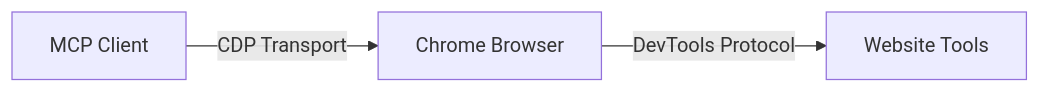
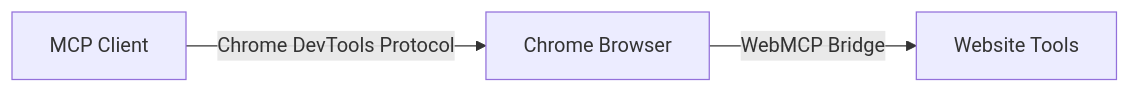
Before and after one commit to WebMCP-org/docs: the sixth of 6 diagrams in connecting-agents.mdx, drawn with Mermaid. The commit also changed other lines of this file and 2 other files, not shown here.

First line of the commit message:
docs: add Chrome DevTools MCP documentation

````diff
--- a/connecting-agents.mdx
+++ b/connecting-agents.mdx
@@ -334,5 +334,5 @@
 ```mermaid
 graph LR
-    A[MCP Client] -->|CDP Transport| B[Chrome Browser]
-    B -->|DevTools Protocol| C[Website Tools]
+    A[MCP Client] -->|Chrome DevTools Protocol| B[Chrome Browser]
+    B -->|WebMCP Bridge| C[Website Tools]
 ```
````
